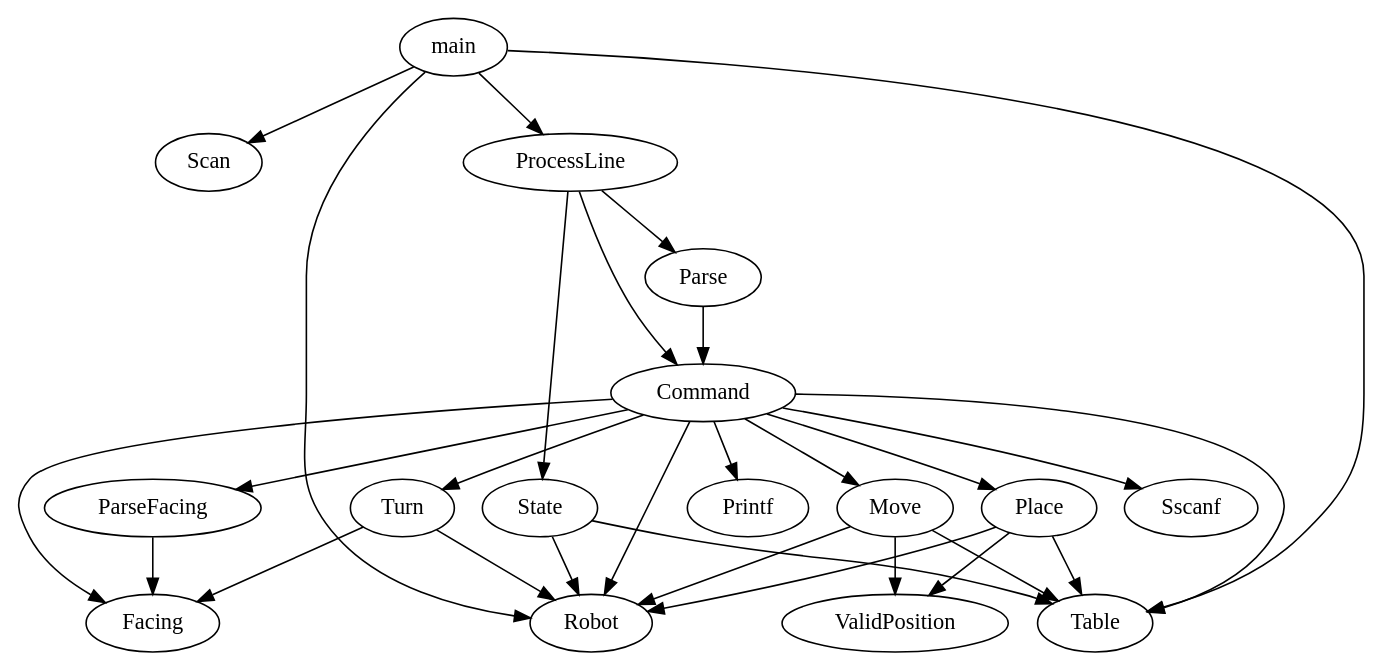
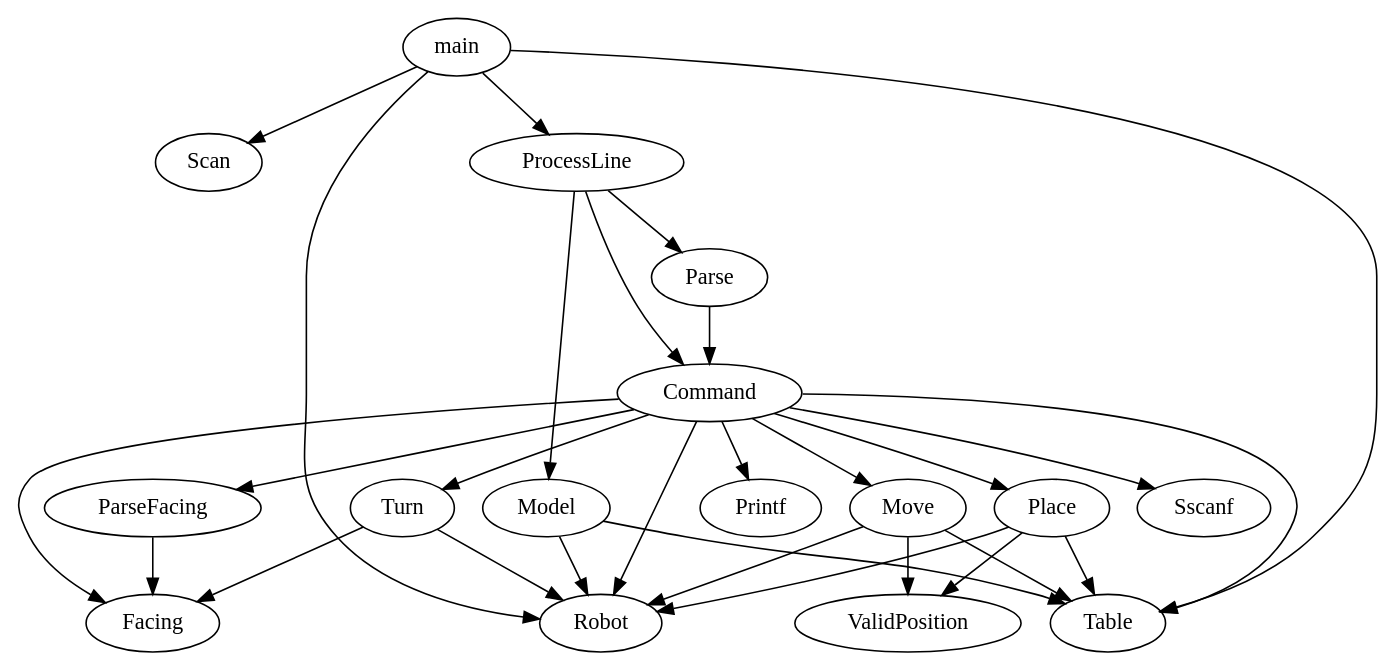
One commit to jnnnnn/toyrobotgolang changed the fourth of 5 diagrams in doc.md. Above: the diagram before and after it, drawn with Graphviz. The commit also changed other lines of this file and 14 other files, not shown here.

````diff
--- a/doc.md
+++ b/doc.md
@@ -53,13 +53,13 @@
 ```graphviz
 digraph {
     main -> { Scan ProcessLine }
-    ProcessLine -> { Parse Command State } 
-    State -> { Robot Table }
+    ProcessLine -> { Parse Command Model } 
+    Model -> { Robot Table }
     Parse -> Command
     Command -> { Robot Table Sscanf Facing ParseFacing Place Turn Move Printf }
     ParseFacing -> Facing
     { Move Place } -> { Robot Table ValidPosition }
     Turn -> { Robot Facing }
     main -> { Robot Table }
 }
 ```
````
